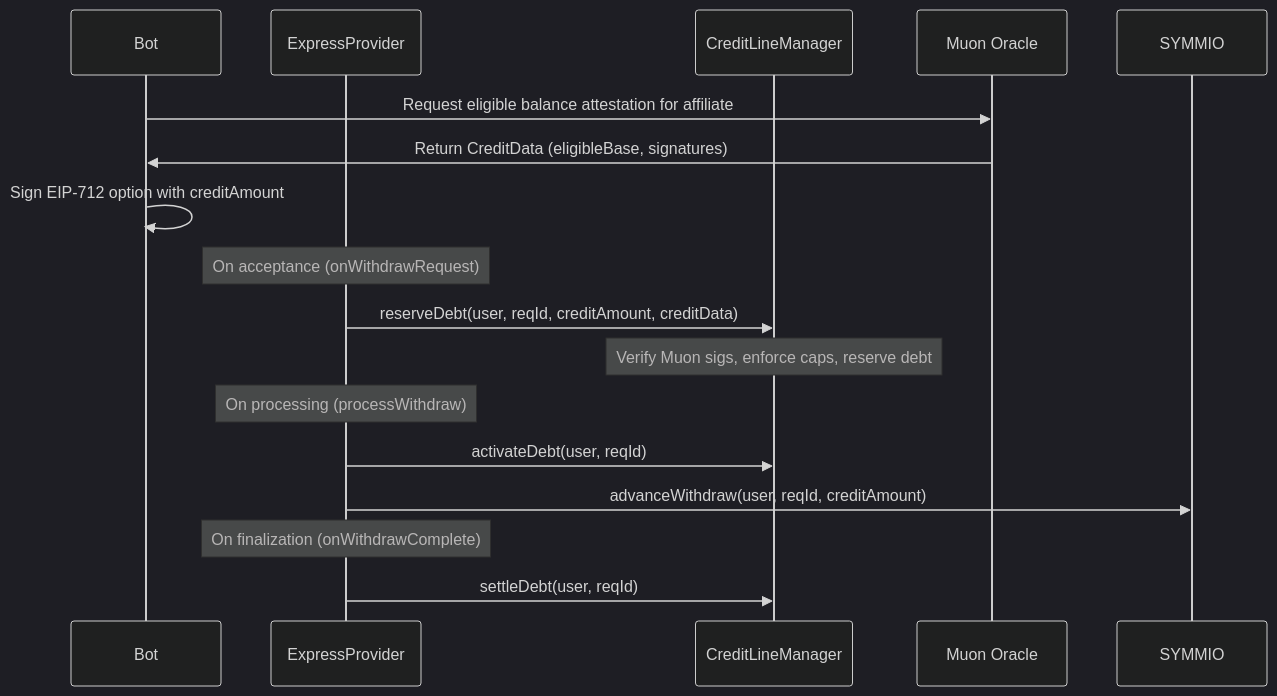
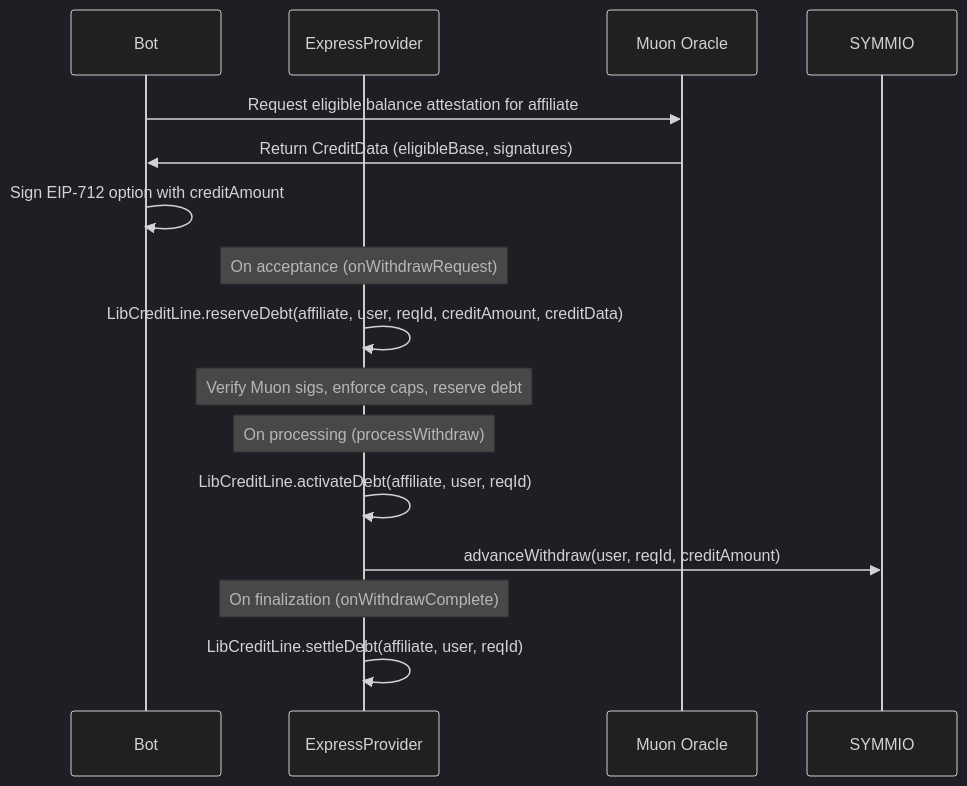
One commit to SYMM-IO/perps-core changed diagram 13 of 15 in docs/v0.8.6/express-withdrawal-system-design.md. Above: the diagram before and after it, drawn with Mermaid (dark theme). The commit also changed other lines of this file and 1 other file, not shown here.

Commit message:
docs: update express layer docs for CreditLineFacet migration

````diff
--- a/docs/v0.8.6/express-withdrawal-system-design.md
+++ b/docs/v0.8.6/express-withdrawal-system-design.md
@@ -699,23 +695,22 @@
 ```mermaid
 sequenceDiagram
     participant Bot
     participant Express as ExpressProvider
-    participant CLM as CreditLineManager
     participant Muon as Muon Oracle
     participant SYMMIO
 
     Bot->>Muon: Request eligible balance attestation for affiliate
     Muon->>Bot: Return CreditData (eligibleBase, signatures)
     Bot->>Bot: Sign EIP-712 option with creditAmount
 
     Note over Express: On acceptance (onWithdrawRequest)
-    Express->>CLM: reserveDebt(user, reqId, creditAmount, creditData)
-    Note over CLM: Verify Muon sigs, enforce caps, reserve debt
+    Express->>Express: LibCreditLine.reserveDebt(affiliate, user, reqId, creditAmount, creditData)
+    Note over Express: Verify Muon sigs, enforce caps, reserve debt
 
     Note over Express: On processing (processWithdraw)
-    Express->>CLM: activateDebt(user, reqId)
+    Express->>Express: LibCreditLine.activateDebt(affiliate, user, reqId)
     Express->>SYMMIO: advanceWithdraw(user, reqId, creditAmount)
 
     Note over Express: On finalization (onWithdrawComplete)
-    Express->>CLM: settleDebt(user, reqId)
+    Express->>Express: LibCreditLine.settleDebt(affiliate, user, reqId)
 ```
````
